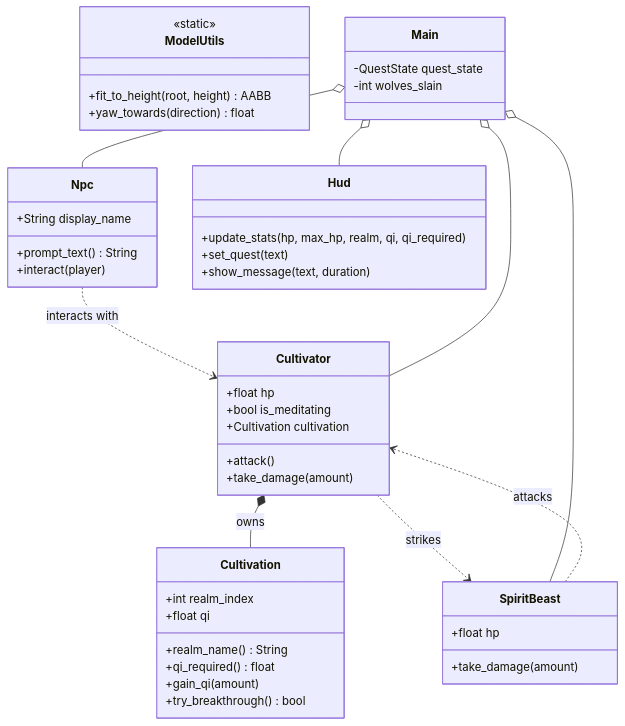
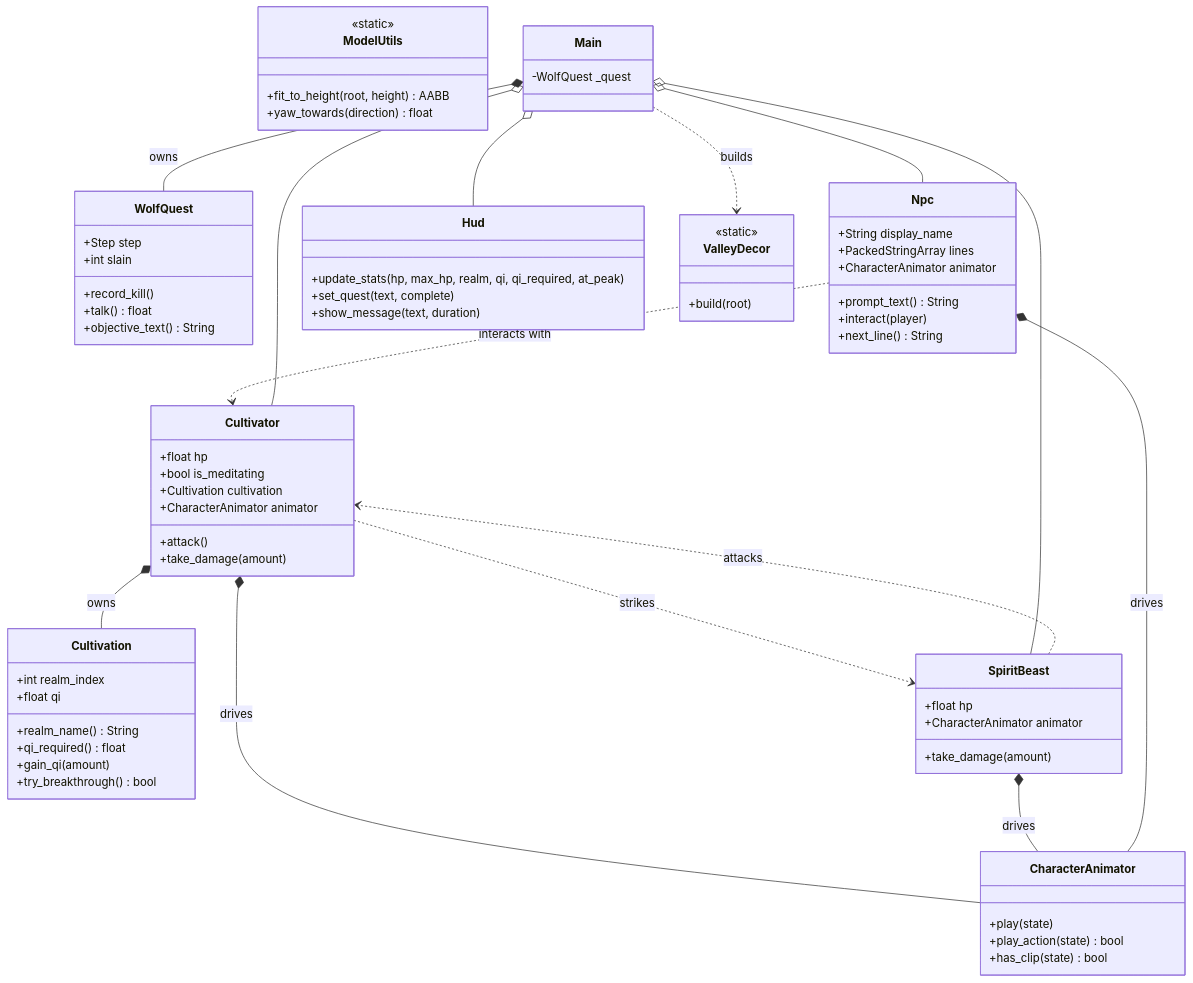
Before and after one commit to jgyy/trixian: the third of 8 diagrams in docs/architecture.md, drawn with Mermaid. The commit also changed other lines of this file and 35 other files, not shown here.

````diff
--- a/docs/architecture.md
+++ b/docs/architecture.md
@@ -59,49 +68,74 @@
 ```mermaid
 classDiagram
     class Cultivation {
         +int realm_index
         +float qi
         +realm_name() String
         +qi_required() float
         +gain_qi(amount)
         +try_breakthrough() bool
     }
+    class WolfQuest {
+        +Step step
+        +int slain
+        +record_kill()
+        +talk() float
+        +objective_text() String
+    }
+    class CharacterAnimator {
+        +play(state)
+        +play_action(state) bool
+        +has_clip(state) bool
+    }
     class Cultivator {
         +float hp
         +bool is_meditating
         +Cultivation cultivation
+        +CharacterAnimator animator
         +attack()
         +take_damage(amount)
     }
     class SpiritBeast {
         +float hp
+        +CharacterAnimator animator
         +take_damage(amount)
     }
     class Npc {
         +String display_name
+        +PackedStringArray lines
+        +CharacterAnimator animator
         +prompt_text() String
         +interact(player)
+        +next_line() String
     }
     class Hud {
-        +update_stats(hp, max_hp, realm, qi, qi_required)
-        +set_quest(text)
+        +update_stats(hp, max_hp, realm, qi, qi_required, at_peak)
+        +set_quest(text, complete)
         +show_message(text, duration)
     }
     class ModelUtils {
         <<static>>
         +fit_to_height(root, height) AABB
         +yaw_towards(direction) float
     }
+    class ValleyDecor {
+        <<static>>
+        +build(root)
+    }
     class Main {
-        -QuestState quest_state
-        -int wolves_slain
+        -WolfQuest _quest
     }
     Cultivator *-- Cultivation : owns
+    Cultivator *-- CharacterAnimator : drives
+    SpiritBeast *-- CharacterAnimator : drives
+    Npc *-- CharacterAnimator : drives
     Cultivator ..> SpiritBeast : strikes
     SpiritBeast ..> Cultivator : attacks
     Npc ..> Cultivator : interacts with
+    Main *-- WolfQuest : owns
     Main o-- Cultivator
     Main o-- SpiritBeast
     Main o-- Npc
     Main o-- Hud
+    Main ..> ValleyDecor : builds
 ```
````
